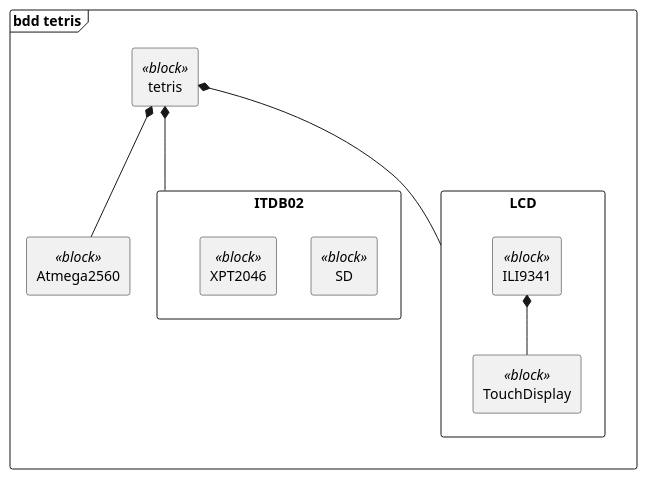
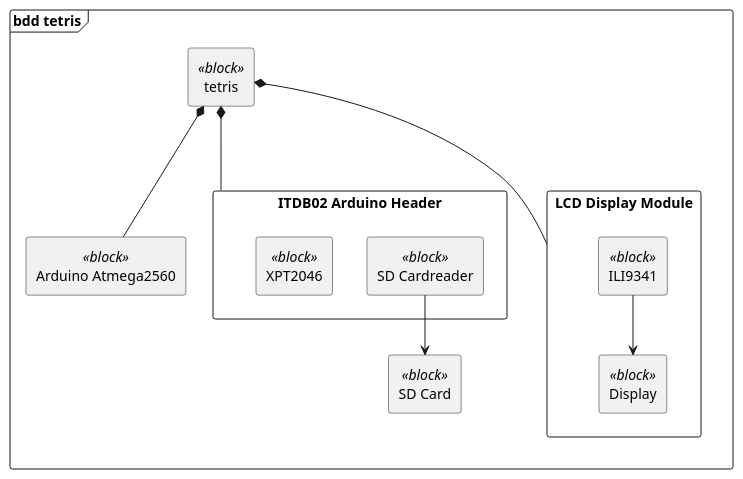
One commit to Yoda92/AMS_TETRIS changed the diagram in diagrams/bdd_tetris.wsd. Above: the diagram before and after it, drawn with PlantUML.

Commit message:
Added bdd

```diff
--- a/diagrams/bdd_tetris.wsd
+++ b/diagrams/bdd_tetris.wsd
@@ -1,25 +1,29 @@
 @startuml
+
 skinparam componentStyle rectangle
 skinparam packageStyle rectangle
 top to bottom direction
 
 frame "bdd tetris" {
     [tetris] <<block>>
-    [Atmega2560] <<block>>
+    [Arduino Atmega2560] <<block>>
+    [SD Card] <<block>>
 
-    package ITDB02 {
-        [SD] <<block>>
+    package ITDB02 as "ITDB02 Arduino Header" {
+        [SD Cardreader] <<block>>
         [XPT2046] <<block>>
     }
 
-    package LCD {
+    package LCD as "LCD Display Module" {
         [ILI9341] <<block>>
-        [TouchDisplay] <<block>>
+        [Display] <<block>>
     }
 
-    tetris *--- Atmega2560
+    tetris *--- [Arduino Atmega2560]
     tetris *--- ITDB02
     tetris *--- LCD
-    ILI9341 *-- TouchDisplay
+    ILI9341 --> Display
+    [SD Cardreader] --> [SD Card]
 }
+
 @enduml
```
